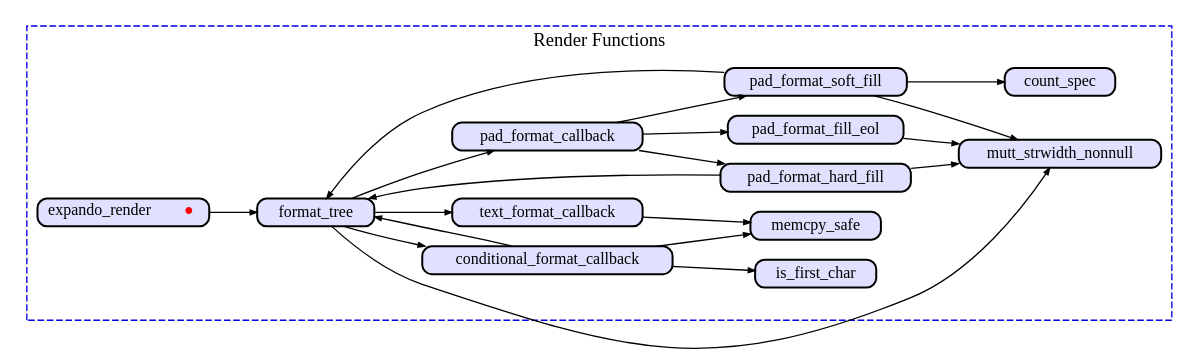
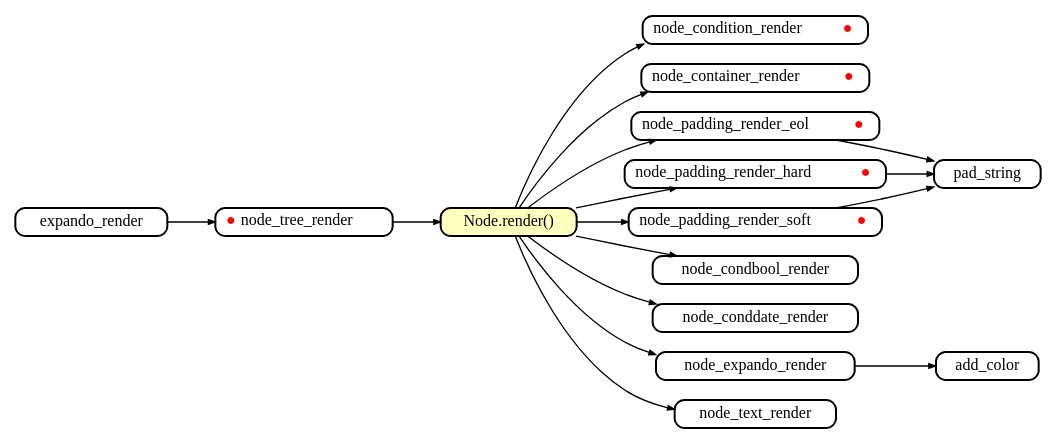
Before and after one commit to neomutt/test-gfx: the diagram in 2024-01-25_expando/expando-render.gv, drawn with Graphviz. The commit also changed 9 other files, not shown here.

```diff
--- a/2024-01-25_expando/expando-render.gv
+++ b/2024-01-25_expando/expando-render.gv
@@ -1,54 +1,52 @@
 digraph callgraph {
 	graph [
 		rankdir="LR"
 		nodesep="0.2"
 		ranksep="0.5"
 		compound="true"
 	]
 
 	node [
 		shape="Mrecord"
 		fontsize="12"
 		fillcolor="#ffffff"
 		style="filled"
 		height="0.2"
 		penwidth="1.5"
 		color="black"
 	]
 
 	edge [
 		penwidth="1.0"
 		arrowsize="0.5"
 	]
 
-	subgraph cluster_render
-	{
-		fontcolor="black"
-		color="#0000e0"
-		fillcolor="white"
-		style="dashed"
-		label="Render Functions"
+	render_api [ label="Node.render()" fillcolor="#ffffc0" ]
+	node_tree_render [ label=<<font color="red">●</font>node_tree_render> ]
 
-		node [ fillcolor="#e0e0ff" ]
-		expando_render [ label=<expando_render <font color="red">●</font>> ]
+	// Call node_tree_render() recursively
+	node_condition_render    [ label=<node_condition_render <font color="red">●</font>> ]
+	node_container_render    [ label=<node_container_render <font color="red">●</font>> ]
+	node_padding_render_eol  [ label=<node_padding_render_eol <font color="red">●</font>> ]
+	node_padding_render_hard [ label=<node_padding_render_hard <font color="red">●</font>> ]
+	node_padding_render_soft [ label=<node_padding_render_soft <font color="red">●</font>> ]
 
-		conditional_format_callback -> format_tree
-		conditional_format_callback -> is_first_char
-		conditional_format_callback -> memcpy_safe
-		expando_render              -> format_tree
-		format_tree                 -> conditional_format_callback
-		format_tree                 -> mutt_strwidth_nonnull
-		format_tree                 -> pad_format_callback
-		format_tree                 -> text_format_callback
-		pad_format_callback         -> pad_format_fill_eol
-		pad_format_callback         -> pad_format_hard_fill
-		pad_format_callback         -> pad_format_soft_fill
-		pad_format_fill_eol         -> mutt_strwidth_nonnull
-		pad_format_hard_fill        -> format_tree
-		pad_format_hard_fill        -> mutt_strwidth_nonnull
-		pad_format_soft_fill        -> count_spec
-		pad_format_soft_fill        -> format_tree
-		pad_format_soft_fill        -> mutt_strwidth_nonnull
-		text_format_callback        -> memcpy_safe
-	}
+	expando_render   -> node_tree_render
+	node_tree_render -> render_api
+
+	render_api -> node_condbool_render
+	render_api -> node_conddate_render
+	render_api -> node_condition_render
+	render_api -> node_container_render
+	render_api -> node_expando_render
+	render_api -> node_padding_render_eol
+	render_api -> node_padding_render_hard
+	render_api -> node_padding_render_soft
+	render_api -> node_text_render
+
+	node_expando_render      -> add_color
+	node_padding_render_eol  -> pad_string
+	node_padding_render_hard -> pad_string
+	node_padding_render_soft -> pad_string
+
 }
```
